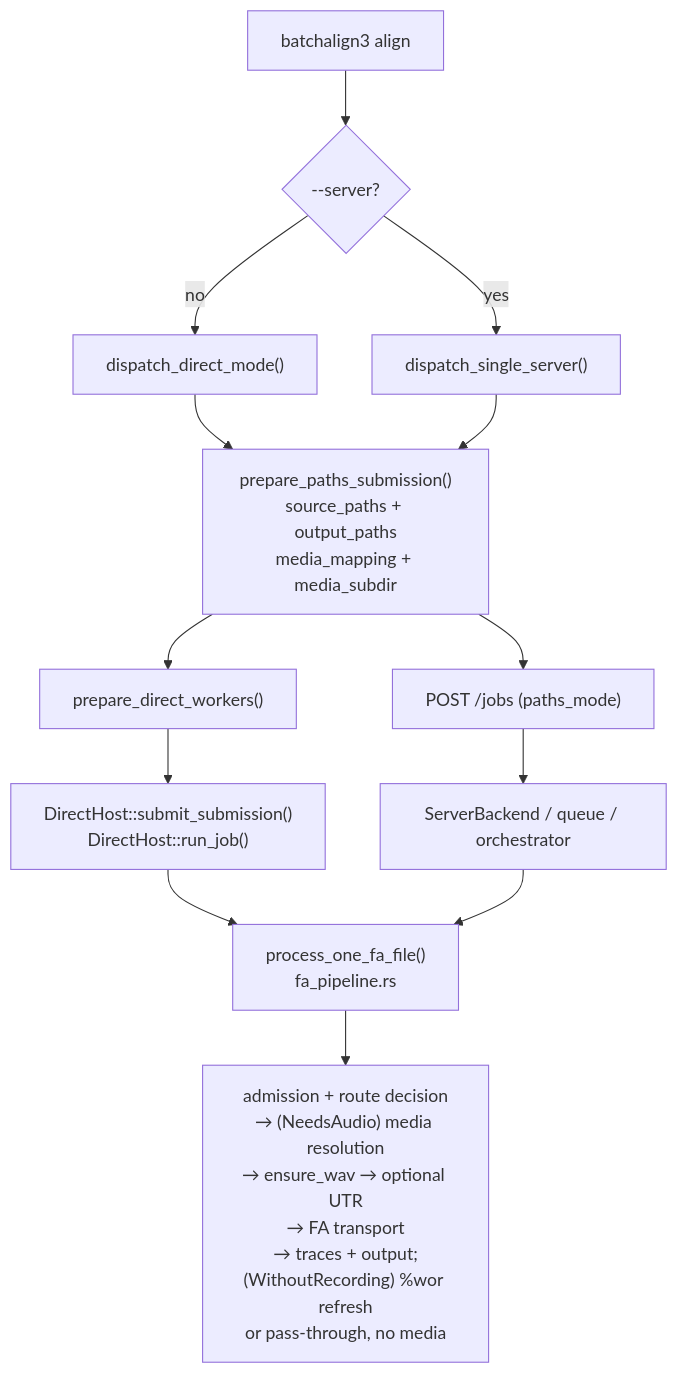
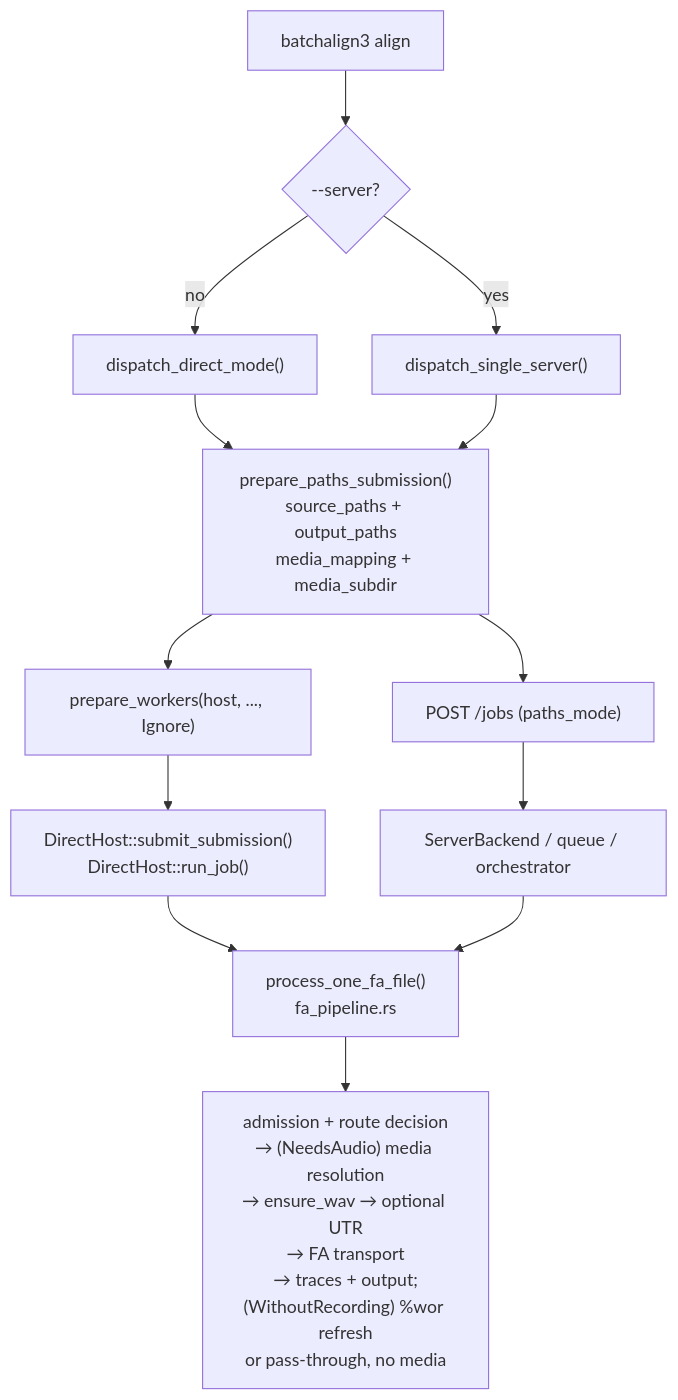
The diagram in book/src/batchalign/developer/rust-cli-and-server.md (FranklinChen/talkbank-tools), drawn with Mermaid before and after one commit. The commit also changed other lines of this file and 175 other files, not shown here.

````diff
--- a/book/src/batchalign/developer/rust-cli-and-server.md
+++ b/book/src/batchalign/developer/rust-cli-and-server.md
@@ -109,24 +112,24 @@
 ```mermaid
 flowchart TD
     cli["batchalign3 align"]
     route{"--server?"}
     prep["prepare_paths_submission()\nsource_paths + output_paths\nmedia_mapping + media_subdir"]
 
     direct["dispatch_direct_mode()"]
-    direct_workers["prepare_direct_workers()"]
+    direct_workers["prepare_workers(host, ..., Ignore)"]
     direct_host["DirectHost::submit_submission()\nDirectHost::run_job()"]
 
     server["dispatch_single_server()"]
     post["POST /jobs (paths_mode)"]
     backend["ServerBackend / queue / orchestrator"]
 
     runner["process_one_fa_file()\nfa_pipeline.rs"]
     fa["admission + route decision\n→ (NeedsAudio) media resolution\n→ ensure_wav → optional UTR\n→ FA transport\n→ traces + output;\n(WithoutRecording) %wor refresh\nor pass-through, no media"]
 
     cli --> route
     route -->|no| direct
     route -->|yes| server
     direct --> prep --> direct_workers --> direct_host --> runner
     server --> prep --> post --> backend --> runner
     runner --> fa
 ```
````
